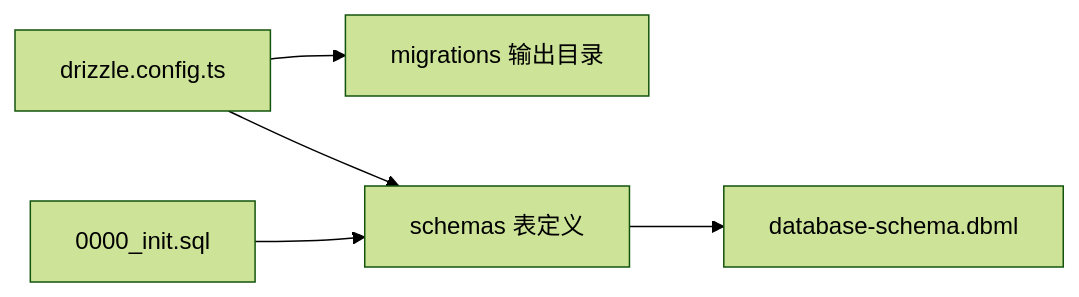
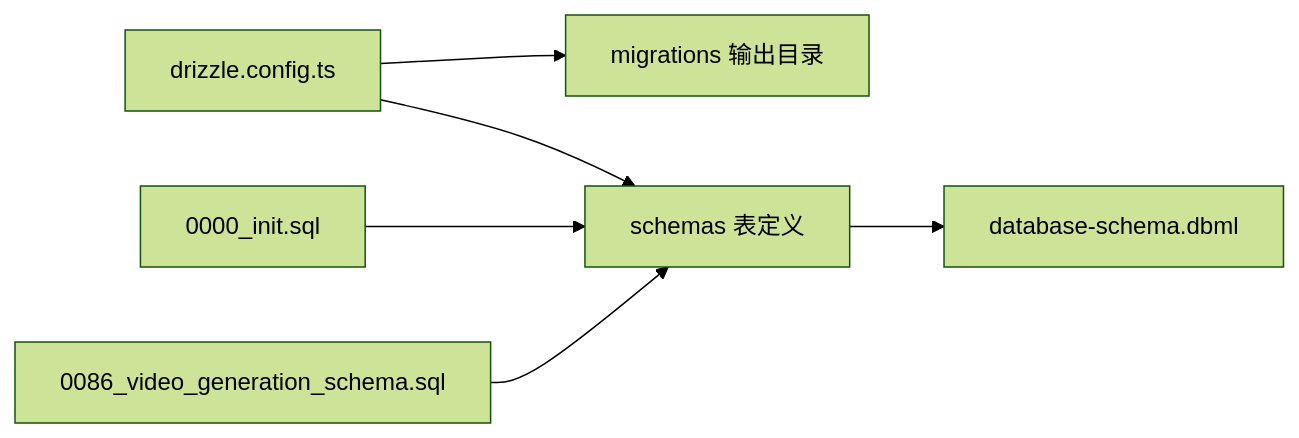
The third of 3 diagrams in .qoder/repowiki/zh/content/数据库设计/数据模型/数据模型.md (AvatoLabs/avato), drawn with Mermaid (forest theme) before and after one commit. The commit also changed other lines of this file and 50 other files, not shown here.

````diff
--- a/.qoder/repowiki/zh/content/数据库设计/数据模型/数据模型.md
+++ b/.qoder/repowiki/zh/content/数据库设计/数据模型/数据模型.md
@@ -430,7 +554,8 @@
 ```mermaid
 graph LR
 DC["drizzle.config.ts"] --> OUT["migrations 输出目录"]
 DC --> SCH["schemas 表定义"]
 SCH --> DBML["database-schema.dbml"]
 INIT["0000_init.sql"] --> SCH
+NEW["0086_video_generation_schema.sql"] --> SCH
 ```
````
